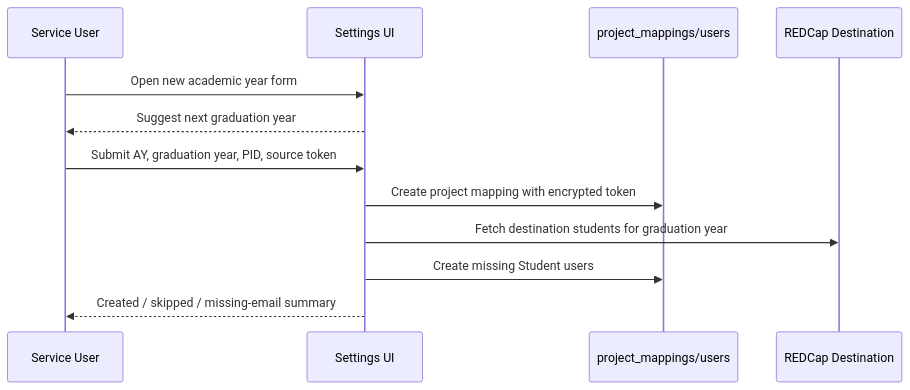
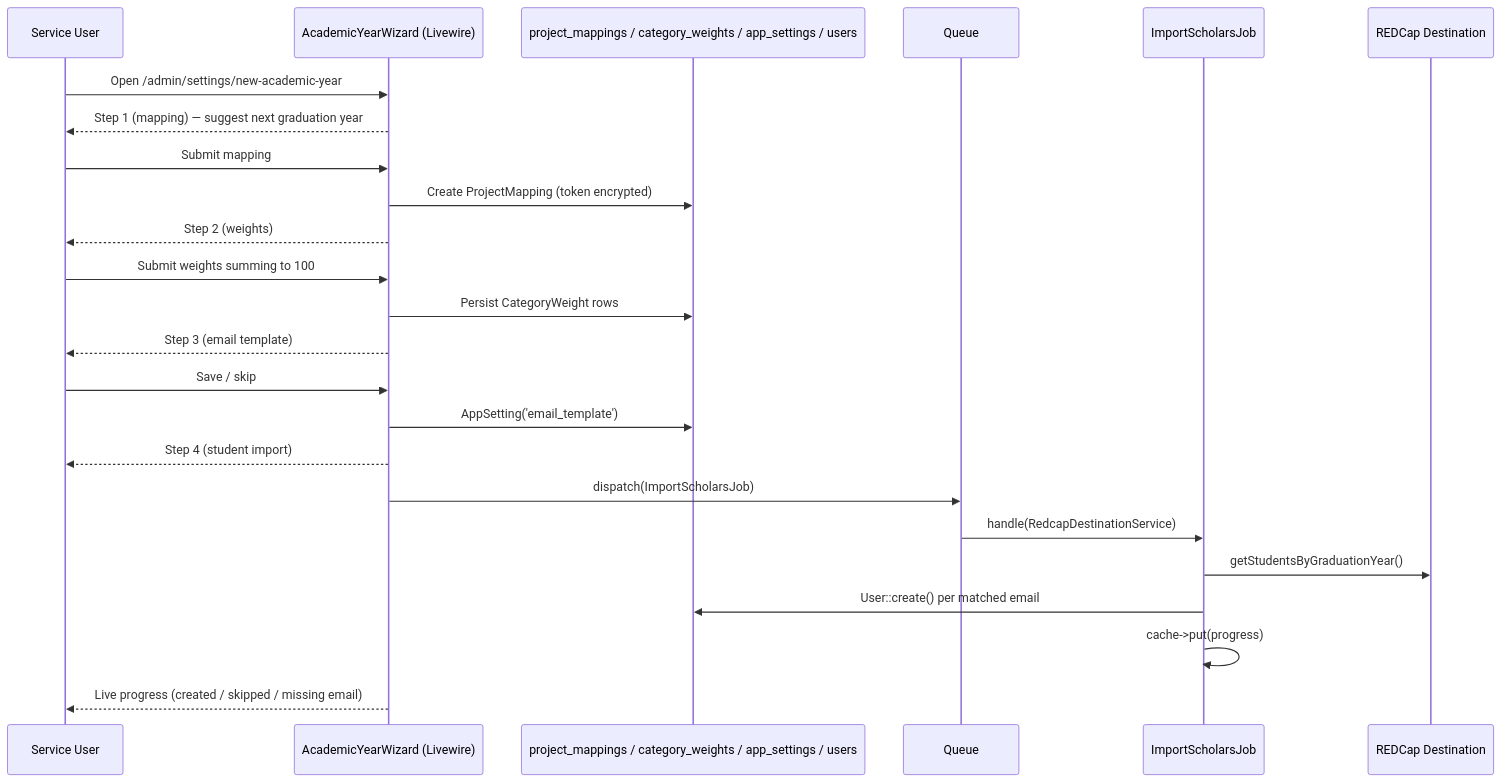
The third of 3 diagrams in Docs/admin-features.md (com-atg/OMM-SE), drawn with Mermaid before and after one commit. The commit also changed other lines of this file and 38 other files, not shown here.

````diff
--- a/Docs/admin-features.md
+++ b/Docs/admin-features.md
@@ -121,15 +131,27 @@
 ```mermaid
 sequenceDiagram
     participant S as Service User
-    participant UI as Settings UI
-    participant DB as project_mappings/users
+    participant W as AcademicYearWizard (Livewire)
+    participant DB as project_mappings / category_weights / app_settings / users
+    participant Q as Queue
+    participant J as ImportScholarsJob
     participant RC as REDCap Destination
 
-    S->>UI: Open new academic year form
-    UI-->>S: Suggest next graduation year
-    S->>UI: Submit AY, graduation year, PID, source token
-    UI->>DB: Create project mapping with encrypted token
-    UI->>RC: Fetch destination students for graduation year
-    UI->>DB: Create missing Student users
-    UI-->>S: Created / skipped / missing-email summary
+    S->>W: Open /admin/settings/new-academic-year
+    W-->>S: Step 1 (mapping) — suggest next graduation year
+    S->>W: Submit mapping
+    W->>DB: Create ProjectMapping (token encrypted)
+    W-->>S: Step 2 (weights)
+    S->>W: Submit weights summing to 100
+    W->>DB: Persist CategoryWeight rows
+    W-->>S: Step 3 (email template)
+    S->>W: Save / skip
+    W->>DB: AppSetting('email_template')
+    W-->>S: Step 4 (student import)
+    W->>Q: dispatch(ImportScholarsJob)
+    Q->>J: handle(RedcapDestinationService)
+    J->>RC: getStudentsByGraduationYear()
+    J->>DB: User::create() per matched email
+    J->>J: cache->put(progress)
+    W-->>S: Live progress (created / skipped / missing email)
 ```
````
